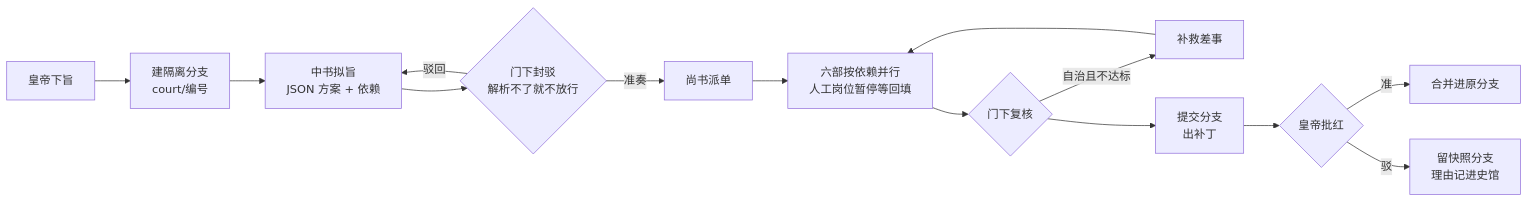
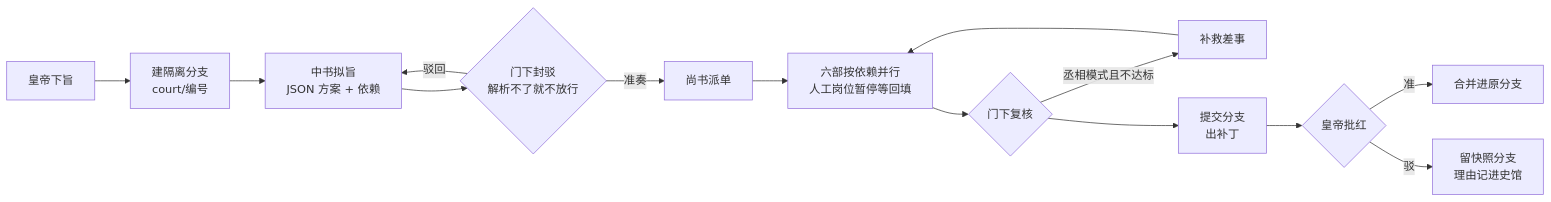
One commit to shilaoban666/dsh-imperial-court changed the diagram in README.md. Above: the diagram before and after it, drawn with Mermaid. The commit also changed other lines of this file and 12 other files, not shown here.

````diff
--- a/README.md
+++ b/README.md
@@ -139,15 +161,15 @@
 ```mermaid
 flowchart LR
   E[皇帝下旨] --> W[建隔离分支<br/>court/编号]
   W --> Z[中书拟旨<br/>JSON 方案 + 依赖]
   Z --> M{门下封驳<br/>解析不了就不放行}
   M -- 驳回 --> Z
   M -- 准奏 --> S[尚书派单]
   S --> L[六部按依赖并行<br/>人工岗位暂停等回填]
   L --> R{门下复核}
-  R -- 自治且不达标 --> F[补救差事] --> L
+  R -- 丞相模式且不达标 --> F[补救差事] --> L
   R --> C[提交分支<br/>出补丁]
   C --> A{皇帝批红}
   A -- 准 --> G[合并进原分支]
   A -- 驳 --> X[留快照分支<br/>理由记进史馆]
 ```
````
